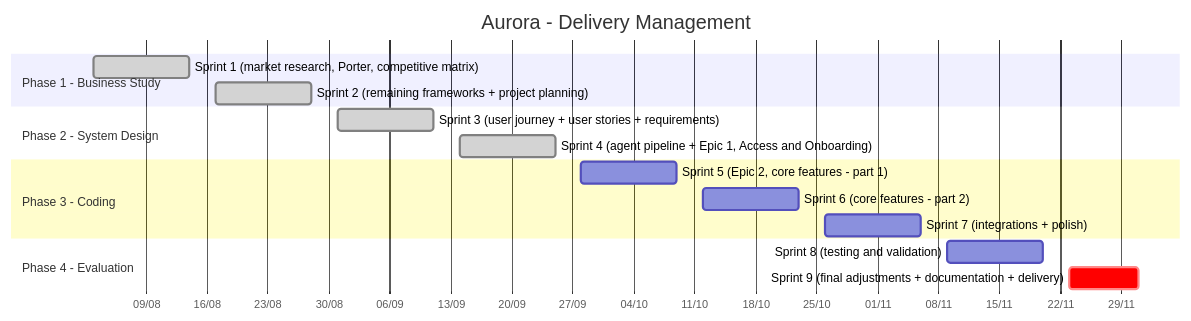
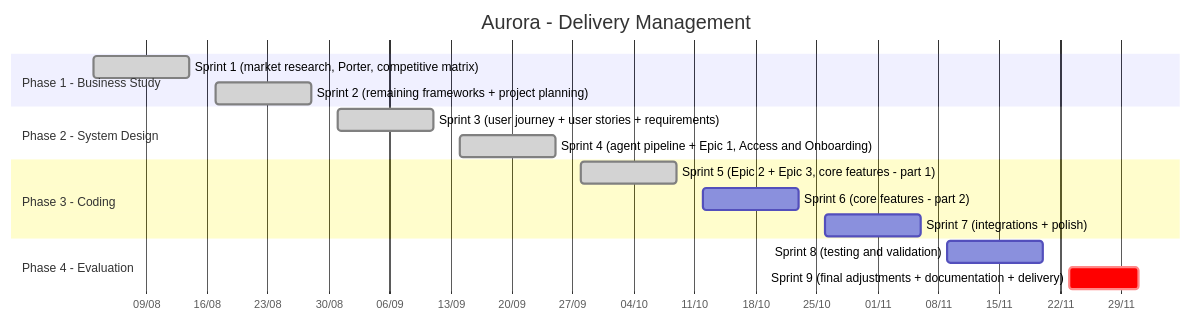
One commit to kaianes/Aurora changed the diagram in README.md. Above: the diagram before and after it, drawn with Mermaid. The commit also changed other lines of this file and 2 other files, not shown here.

First line of the commit message:
docs: reflect Epic 2 and Epic 3 in README, fix broken setup-guide links

````diff
--- a/README.md
+++ b/README.md
@@ -37,23 +38,23 @@
 ```mermaid
 gantt
     title Aurora - Delivery Management
     dateFormat  YYYY-MM-DD
     axisFormat  %d/%m
 
     section Phase 1 - Business Study
     Sprint 1 (market research, Porter, competitive matrix)       :done, s1, 2026-08-03, 2026-08-14
     Sprint 2 (remaining frameworks + project planning)           :done, s2, 2026-08-17, 2026-08-28
 
     section Phase 2 - System Design
     Sprint 3 (user journey + user stories + requirements)        :done, s3, 2026-08-31, 2026-09-11
     Sprint 4 (agent pipeline + Epic 1, Access and Onboarding)     :done, s4, 2026-09-14, 2026-09-25
 
     section Phase 3 - Coding
-    Sprint 5 (Epic 2, core features - part 1)                     :s5, 2026-09-28, 2026-10-09
+    Sprint 5 (Epic 2 + Epic 3, core features - part 1)            :done, s5, 2026-09-28, 2026-10-09
     Sprint 6 (core features - part 2)                            :s6, 2026-10-12, 2026-10-23
     Sprint 7 (integrations + polish)                             :s7, 2026-10-26, 2026-11-06
 
     section Phase 4 - Evaluation
     Sprint 8 (testing and validation)                            :s8, 2026-11-09, 2026-11-20
     Sprint 9 (final adjustments + documentation + delivery)      :crit, s9, 2026-11-23, 2026-12-01
 ```
````
